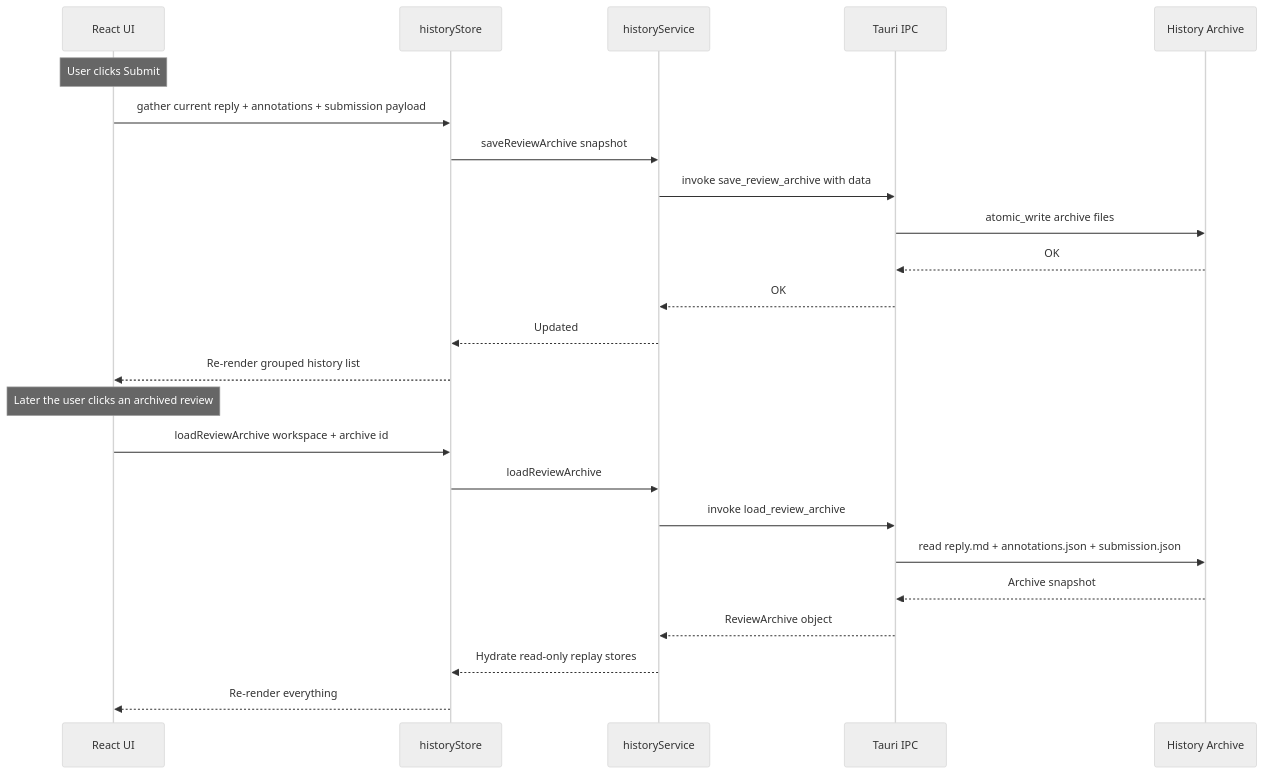
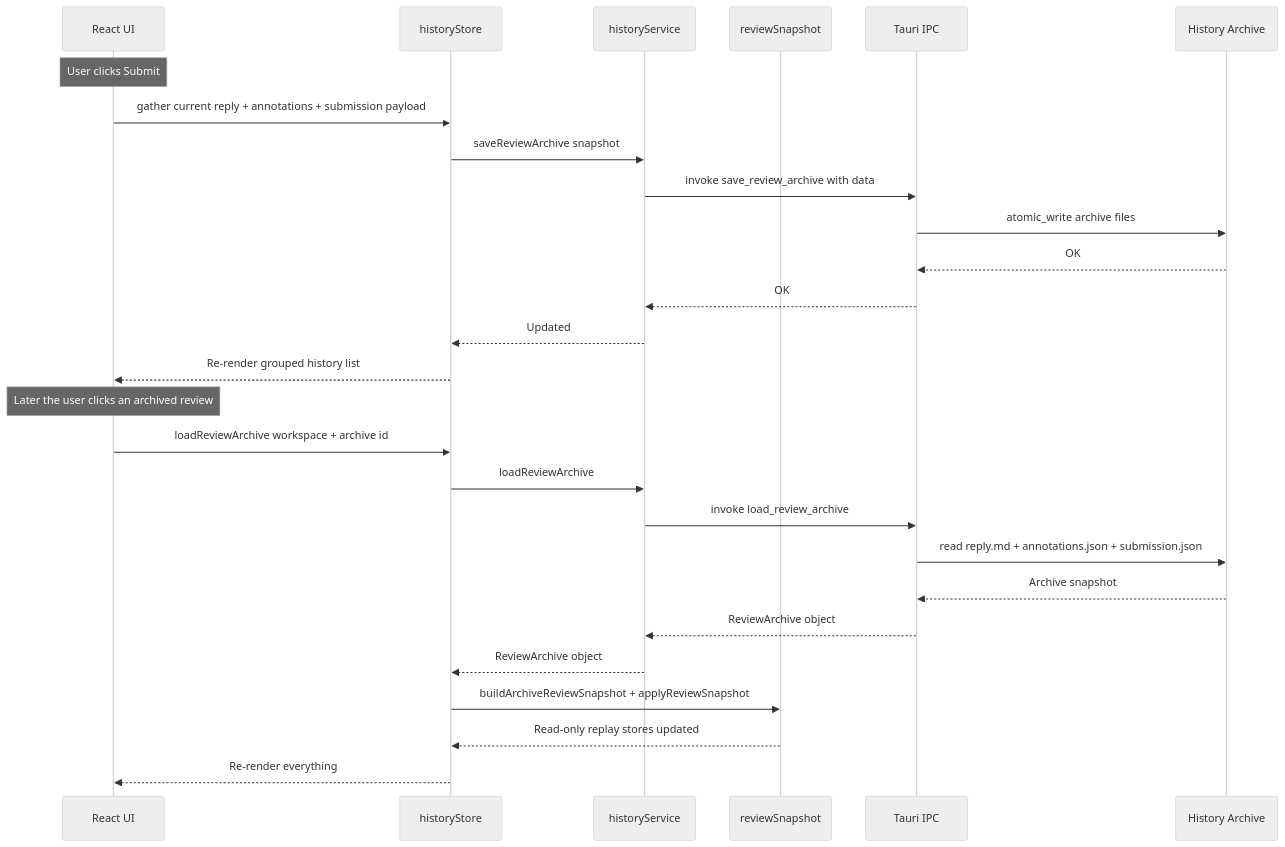
Diagram 15 of 22 in docs/demo/demo.md (BobDLA/cliv), drawn with Mermaid (neutral theme) before and after one commit. The commit also changed other lines of this file and 44 other files, not shown here.

````diff
--- a/docs/demo/demo.md
+++ b/docs/demo/demo.md
@@ -816,28 +894,31 @@
 ```mermaid
 sequenceDiagram
     participant UI as React UI
     participant Store as historyStore
     participant SVC as historyService
+    participant Restore as reviewSnapshot
     participant IPC as Tauri IPC
     participant FS as History Archive
 
     Note over UI: User clicks Submit
     UI->>Store: gather current reply + annotations + submission payload
     Store->>SVC: saveReviewArchive snapshot
     SVC->>IPC: invoke save_review_archive with data
     IPC->>FS: atomic_write archive files
     FS-->>IPC: OK
     IPC-->>SVC: OK
     SVC-->>Store: Updated
     Store-->>UI: Re-render grouped history list
 
     Note over UI: Later the user clicks an archived review
     UI->>Store: loadReviewArchive workspace + archive id
     Store->>SVC: loadReviewArchive
     SVC->>IPC: invoke load_review_archive
     IPC->>FS: read reply.md + annotations.json + submission.json
     FS-->>IPC: Archive snapshot
     IPC-->>SVC: ReviewArchive object
-    SVC-->>Store: Hydrate read-only replay stores
+    SVC-->>Store: ReviewArchive object
+    Store->>Restore: buildArchiveReviewSnapshot + applyReviewSnapshot
+    Restore-->>Store: Read-only replay stores updated
     Store-->>UI: Re-render everything
 ```
````
